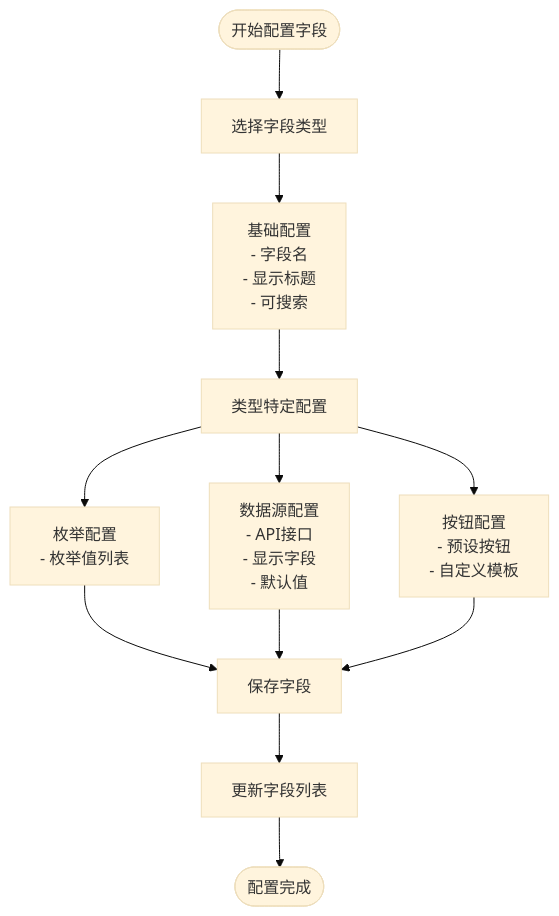
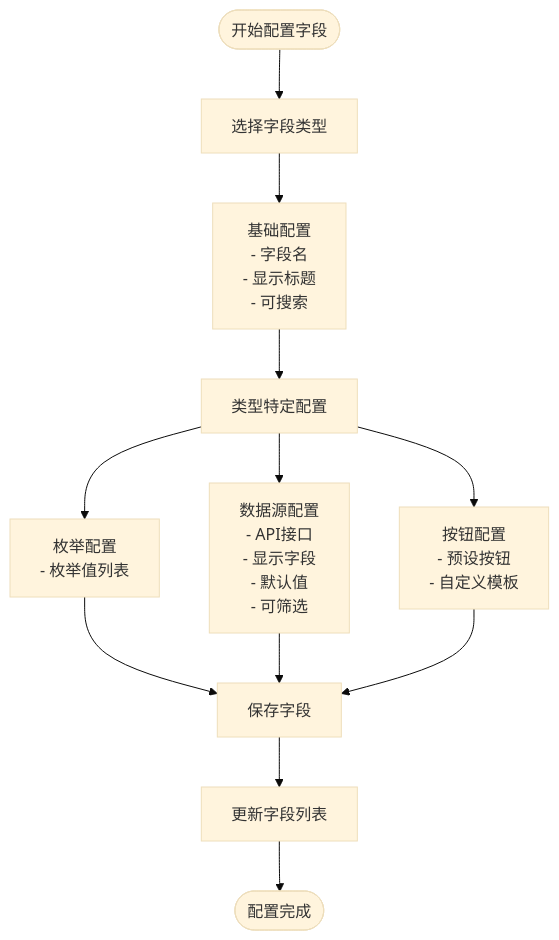
One commit to Sosososolong/AirGo changed the fourth of 13 diagrams in .qoder/repowiki/zh/content/VDS字段配置系统.md. Above: the diagram before and after it, drawn with Mermaid (base theme). The commit also changed other lines of this file and 4 other files, not shown here.

````diff
--- a/.qoder/repowiki/zh/content/VDS字段配置系统.md
+++ b/.qoder/repowiki/zh/content/VDS字段配置系统.md
@@ -216,14 +234,14 @@
 ```mermaid
 flowchart TD
 Start([开始配置字段]) --> SelectType["选择字段类型"]
 SelectType --> BasicConfig["基础配置<br/>- 字段名<br/>- 显示标题<br/>- 可搜索"]
 BasicConfig --> TypeSpecific["类型特定配置"]
 TypeSpecific --> EnumConfig["枚举配置<br/>- 枚举值列表"]
-TypeSpecific --> DataSourceConfig["数据源配置<br/>- API接口<br/>- 显示字段<br/>- 默认值"]
+TypeSpecific --> DataSourceConfig["数据源配置<br/>- API接口<br/>- 显示字段<br/>- 默认值<br/>- 可筛选"]
 TypeSpecific --> ButtonConfig["按钮配置<br/>- 预设按钮<br/>- 自定义模板"]
 EnumConfig --> SaveField["保存字段"]
 DataSourceConfig --> SaveField
 ButtonConfig --> SaveField
 SaveField --> FieldList["更新字段列表"]
 FieldList --> End([配置完成])
 ```
````
